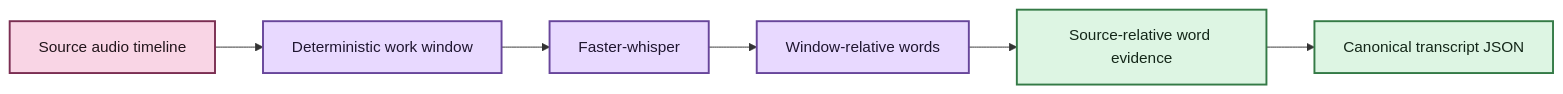
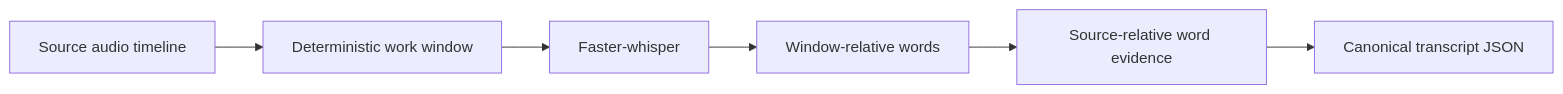
Before and after one commit to SSD1805/EchoFlow: the first of 2 diagrams in docs/architecture/word-alignment.md, drawn with Mermaid. The commit also changed other lines of this file and 24 other files, not shown here.

Commit message:
docs: normalize Mermaid for GitHub portability

````diff
--- a/docs/architecture/word-alignment.md
+++ b/docs/architecture/word-alignment.md
@@ -45,16 +45,8 @@
 ```mermaid
-flowchart LR
+graph LR;
     A[Source audio timeline] --> B[Deterministic work window]
     B --> C[Faster-whisper]
     C --> D[Window-relative words]
     D --> E[Source-relative word evidence]
     E --> F[Canonical transcript JSON]
-
-    classDef evidence fill:#F9D5E5,stroke:#7B2E52,stroke-width:2px,color:#22151B
-    classDef process fill:#E8D9FF,stroke:#68469B,stroke-width:2px,color:#1F1630
-    classDef result fill:#DDF5E3,stroke:#347A46,stroke-width:2px,color:#142719
-
-    class A evidence
-    class B,C,D process
-    class E,F result
 ```
````
